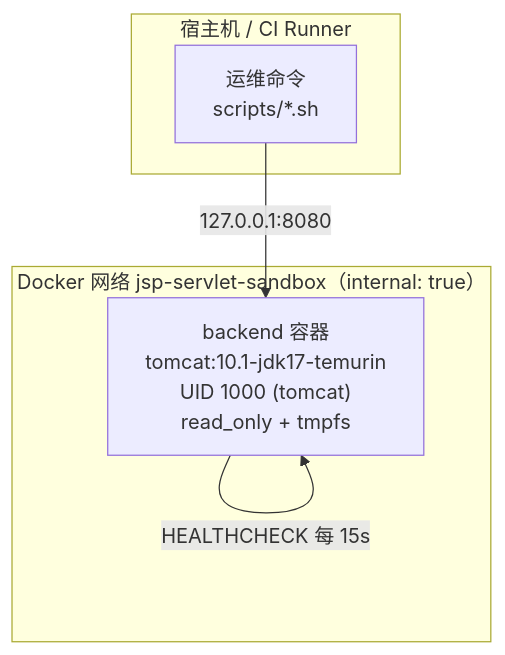
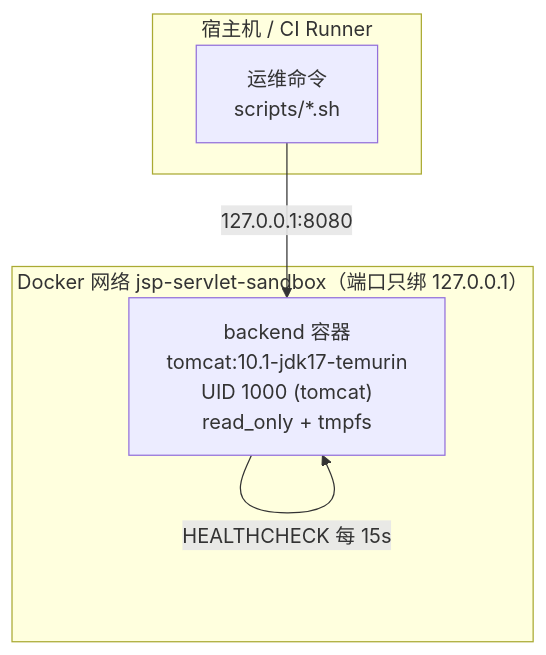
Before and after one commit to jacknotes/ai-dev-framework: the diagram in templates/jsp-servlet/docs/runbook.md, drawn with Mermaid. The commit also changed 14 other files, not shown here.

````diff
--- a/templates/jsp-servlet/docs/runbook.md
+++ b/templates/jsp-servlet/docs/runbook.md
@@ -22,13 +22,13 @@
 ```mermaid
 graph TB
     subgraph "宿主机 / CI Runner"
         CLI["运维命令<br/>scripts/*.sh"]
     end
 
-    subgraph "Docker 网络 jsp-servlet-sandbox（internal: true）"
+    subgraph "Docker 网络 jsp-servlet-sandbox（端口只绑 127.0.0.1）"
         C["backend 容器<br/>tomcat:10.1-jdk17-temurin<br/>UID 1000 (tomcat)<br/>read_only + tmpfs"]
     end
 
     CLI -->|"127.0.0.1:8080"| C
     C -->|"HEALTHCHECK 每 15s"| C
 ```
````
